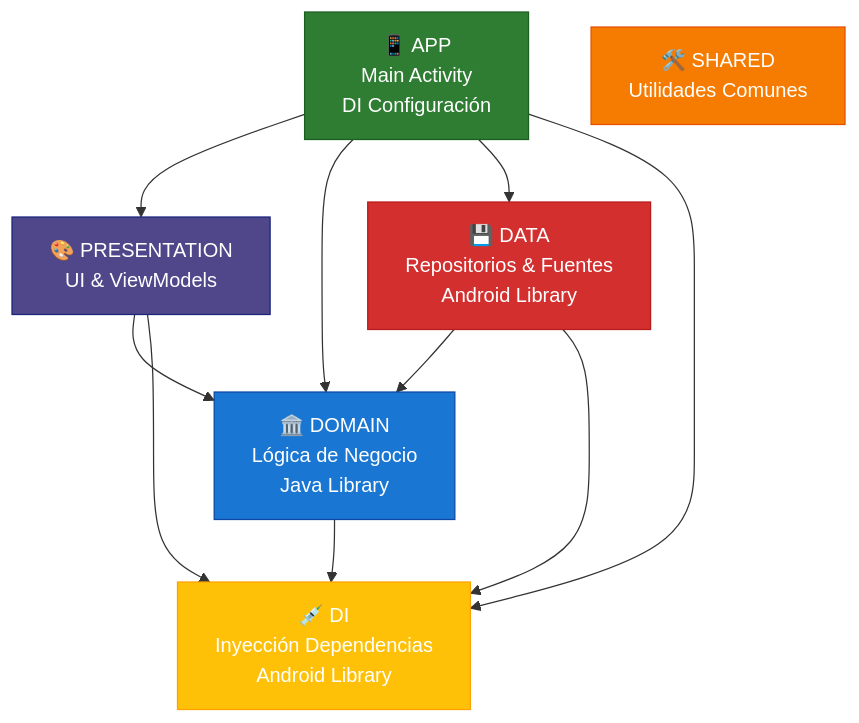
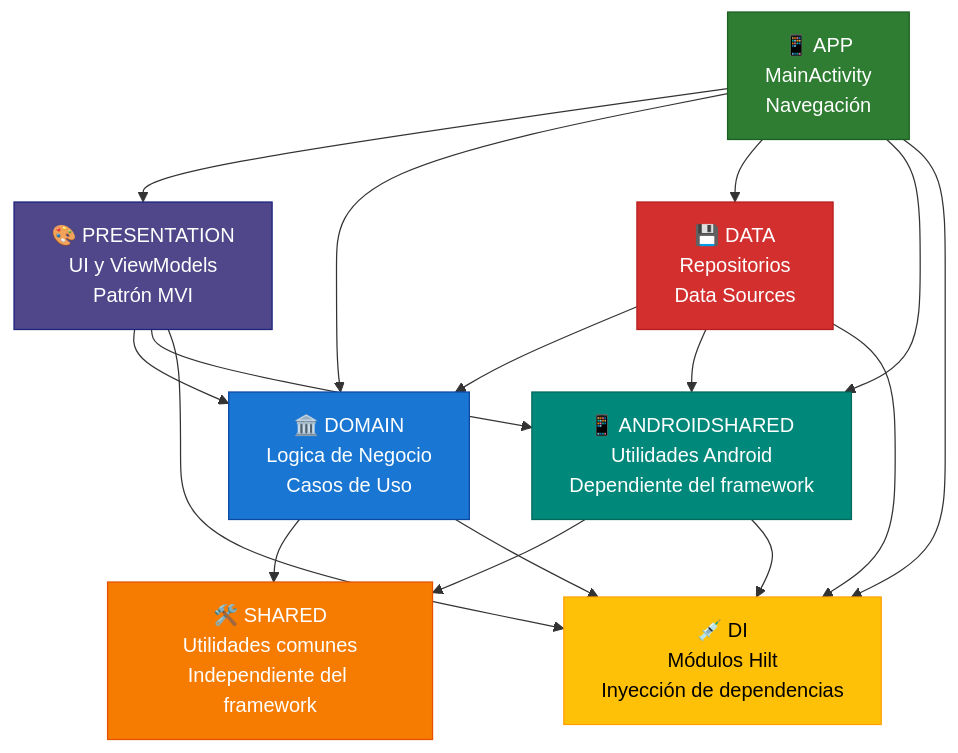
Before and after one commit to Fmdevpro/Civil-Academy: the diagram in README.es.md, drawn with Mermaid. The commit also changed other lines of this file and 126 other files, not shown here.

````diff
--- a/README.es.md
+++ b/README.es.md
@@ -211,36 +217,46 @@
 ```mermaid
 graph TD
-    A["📱 APP<br/>Main Activity<br/>DI Configuración"]
-    B["🎨 PRESENTATION<br/>UI & ViewModels"]
-    C["🏛️ DOMAIN<br/>Lógica de Negocio<br/>Java Library"]
-    D["💾 DATA<br/>Repositorios & Fuentes<br/>Android Library"]
-    E["🛠️ SHARED<br/>Utilidades Comunes"]
-    F["💉 DI<br/>Inyección Dependencias<br/>Android Library"]
+    A["📱 APP<br/>MainActivity<br/>Navegación"]
+    B["🎨 PRESENTATION<br/>UI y ViewModels<br/>Patrón MVI"]
+    C["🏛️ DOMAIN<br/>Logica de Negocio<br/>Casos de Uso"]
+    D["💾 DATA<br/>Repositorios<br/>Data Sources"]
+    E["🛠️ SHARED<br/>Utilidades comunes<br/>Independiente del framework"]
+    F["📱 ANDROIDSHARED<br/>Utilidades Android<br/>Dependiente del framework"]
+    G["💉 DI<br/>Módulos Hilt<br/>Inyección de dependencias"]
 
     A --> B
     A --> C
     A --> D
     A --> F
+    A --> G
 
     B --> C
     B --> F
+    B --> G
 
     D --> C
     D --> F
+    D --> G
 
-    C --> F
+    C --> E
+    C --> G
+
+    F --> E
+    F --> G
 
     classDef app fill:#2e7d32,stroke:#1b5e20,color:#fff
     classDef domain fill:#1976d2,stroke:#0d47a1,color:#fff
     classDef presentation fill:#4F4789,stroke:#1a237e,color:#fff
     classDef data fill:#d32f2f,stroke:#b71c1c,color:#fff
     classDef shared fill:#f57c00,stroke:#e65100,color:#fff
-    classDef di fill:#FFC107,stroke:#FFA000,color:#fff
+    classDef androidshared fill:#00897b,stroke:#00695c,color:#fff
+    classDef di fill:#FFC107,stroke:#FFA000,color:#000
 
     class A app
     class B presentation
     class C domain
     class D data
     class E shared
-    class F di
+    class F androidshared
+    class G di
 ```
````
